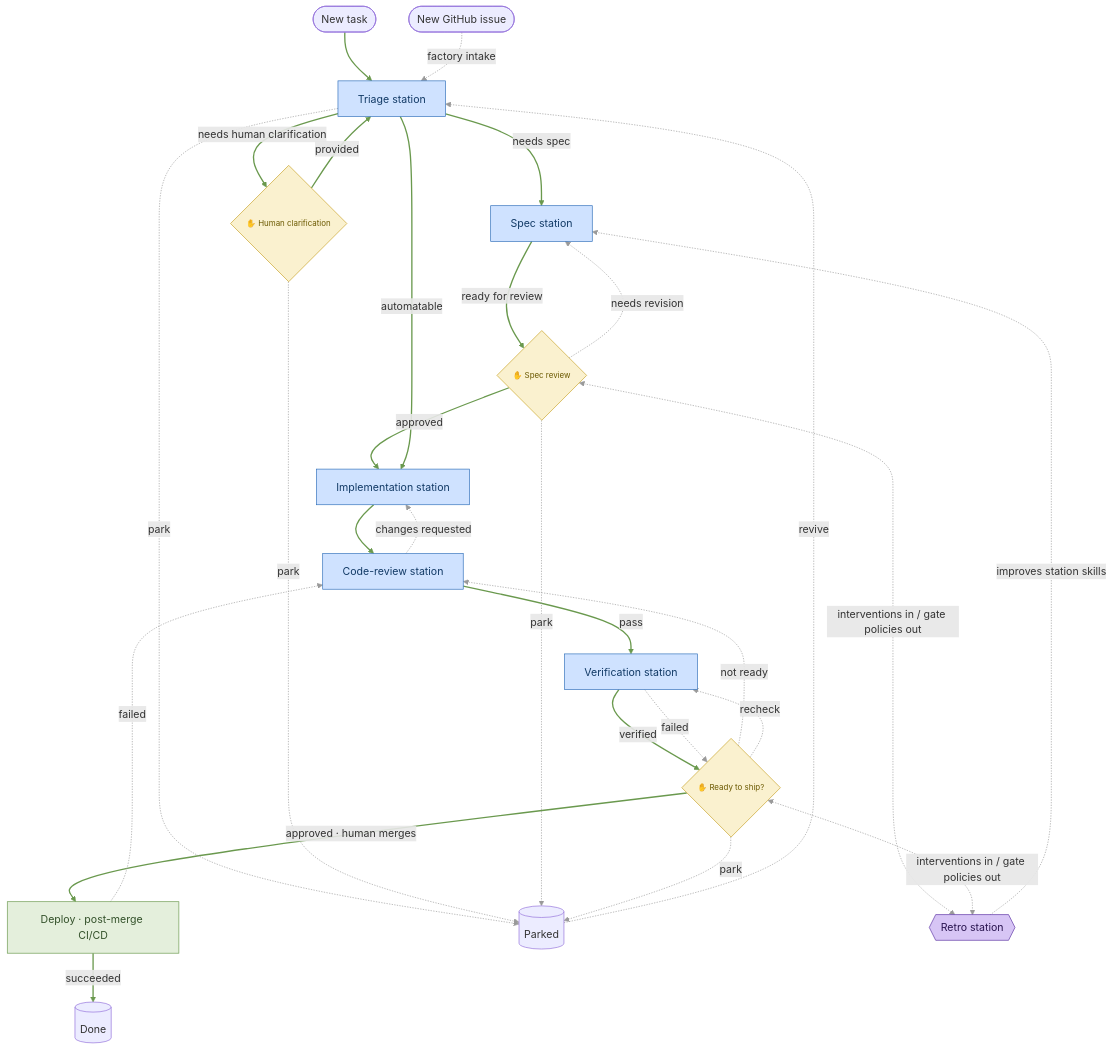
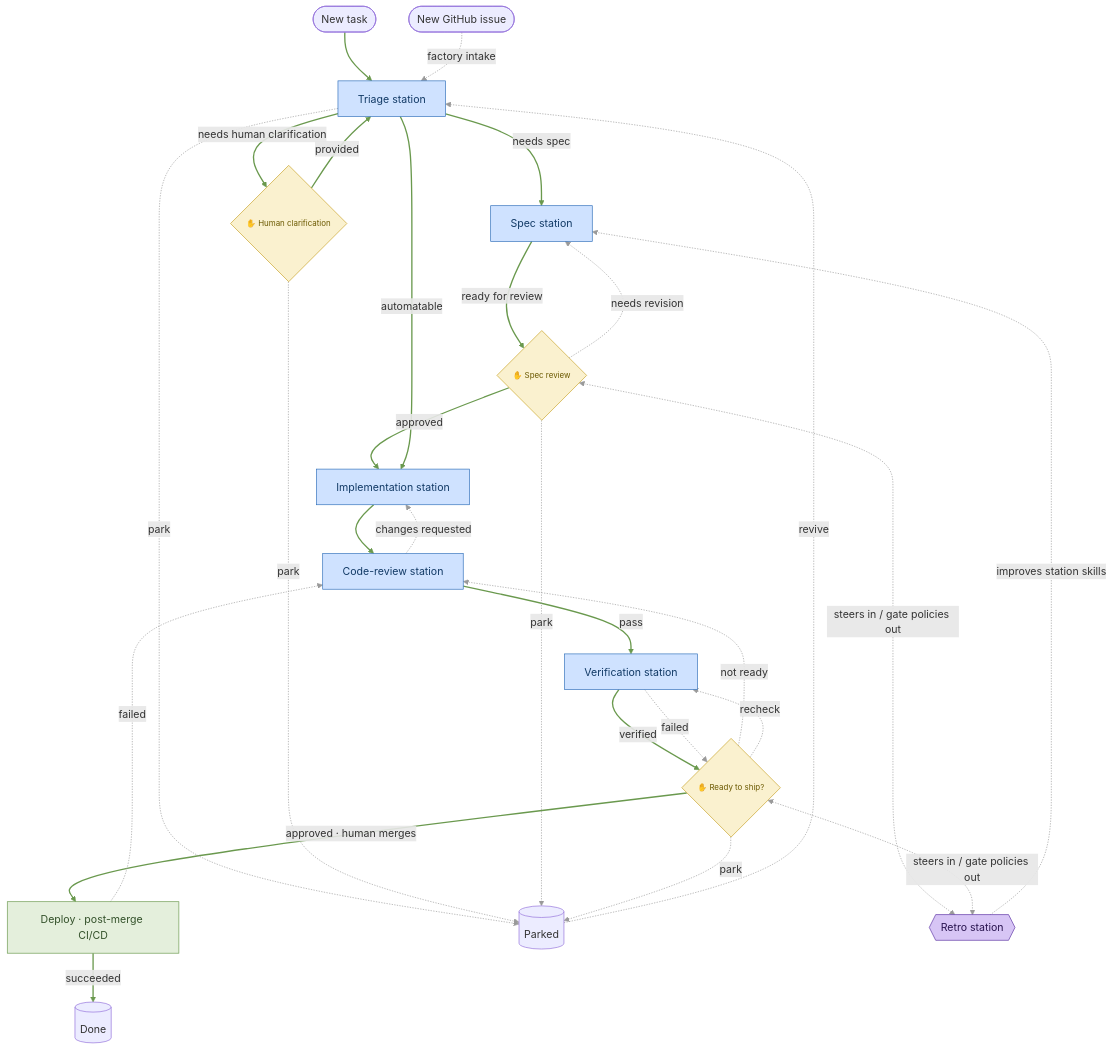
One commit to ztcnrh/software-factory changed the diagram in docs/diagram.md. Above: the diagram before and after it, drawn with Mermaid. The commit also changed other lines of this file and 27 other files, not shown here.

````diff
--- a/docs/diagram.md
+++ b/docs/diagram.md
@@ -9,46 +9,46 @@
 ```mermaid
 flowchart TD
     %% ---- forward happy path first: these edges set the top-to-bottom spine ----
     new([New task]) --> triage[Triage station]:::station
     triage -- "needs spec" --> spec[Spec station]:::station
     spec -- "ready for review" --> specrev{✋ Spec review}:::gate
     specrev -- "approved" --> impl[Implementation station]:::station
     triage -- "automatable" --> impl
     impl --> review[Code-review station]:::station
     review -- "pass" --> verify[Verification station]:::station
     verify -- "verified" --> shiprev{✋ Ready to ship?}:::gate
     shiprev -- "approved · human merges" --> deploy[Deploy · post-merge CI/CD]:::external
     deploy -- "succeeded" --> done[(Done)]
     triage -- "needs human clarification" --> clar{✋ Human clarification}:::gate
     clar -- "provided" --> triage
 
     %% ---- off the happy path: backward loops and shelving ----
     issues([New GitHub issue]) -. "factory intake" .-> triage
     verify -. "failed" .-> shiprev
     specrev -. "needs revision" .-> spec
     review -. "changes requested" .-> impl
     shiprev -. "not ready" .-> review
     shiprev -. "recheck" .-> verify
     deploy -. "failed" .-> review
     triage -. "park" .-> parked[(Parked)]
     clar -. "park" .-> parked
     specrev -. "park" .-> parked
     shiprev -. "park" .-> parked
     parked -. "revive" .-> triage
 
     %% ---- the learning loop, declared last so it doesn't anchor the layout ----
-    %% interventions at the gates feed retro; retro proposes improvements back
+    %% steers at the gates feed retro; retro proposes improvements back
     retro{{Retro station}}:::learn
-    specrev <-. "interventions in / gate policies out" .-> retro
-    shiprev <-. "interventions in / gate policies out" .-> retro
+    specrev <-. "steers in / gate policies out" .-> retro
+    shiprev <-. "steers in / gate policies out" .-> retro
     retro -. "improves station skills" .-> spec
 
     %% edges 0-11 = solid happy path (green); 12-26 = dashed off-path (gray)
     linkStyle 0,1,2,3,4,5,6,7,8,9,10,11 stroke:#6a994e,stroke-width:2px
     linkStyle 12,13,14,15,16,17,18,19,20,21,22,23,24,25,26 stroke:#9a9a9a,stroke-width:1px
 
     classDef station fill:#cfe2ff,stroke:#2f6fba,color:#123a66
     classDef gate fill:#faf1cf,stroke:#c9a227,color:#6b5900,font-size:12px
     classDef external fill:#e4efdc,stroke:#6a994e,color:#33512a
     classDef learn fill:#d7c5f5,stroke:#5a32a3,color:#2a1550
 ```
````
